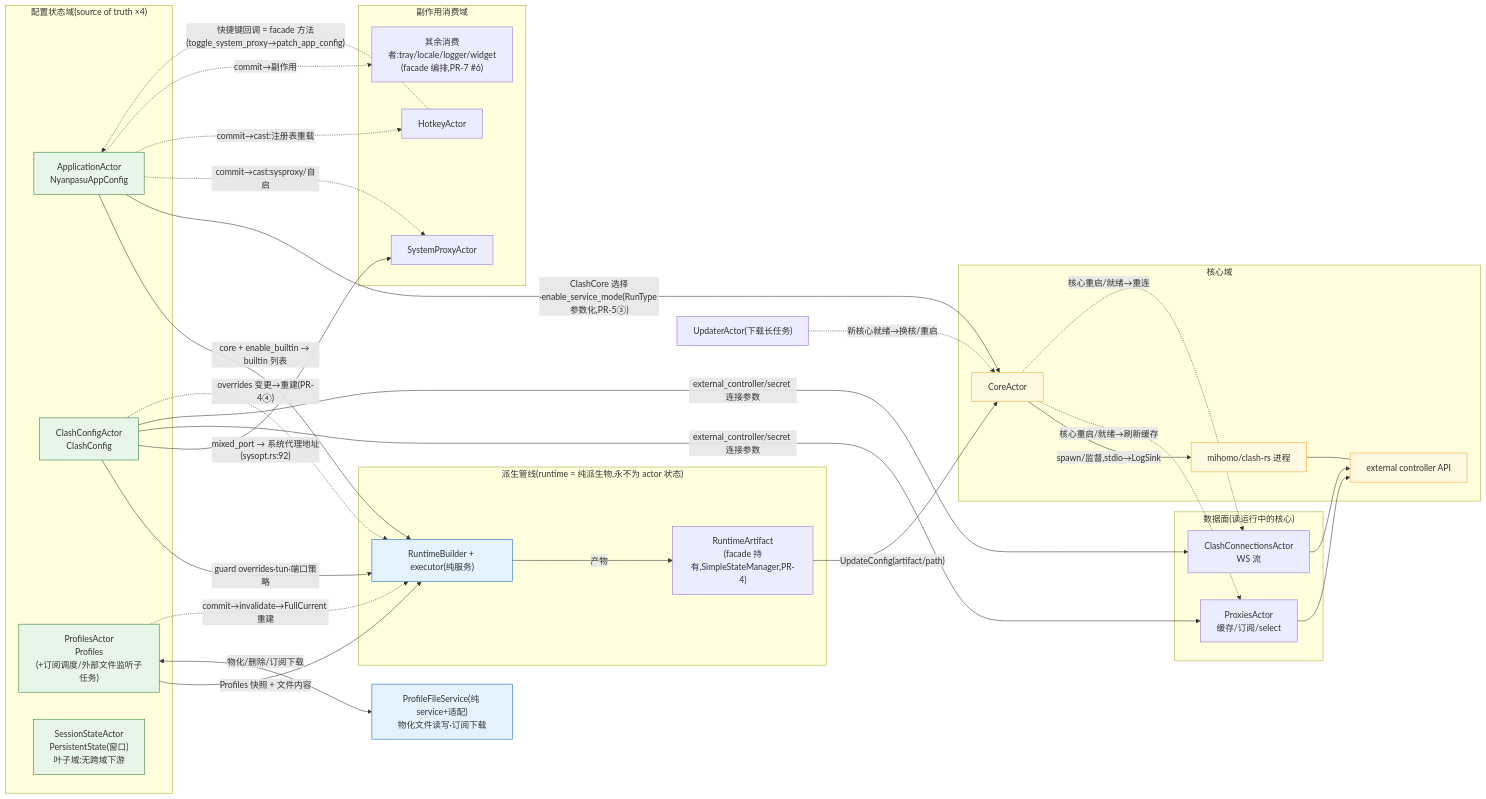
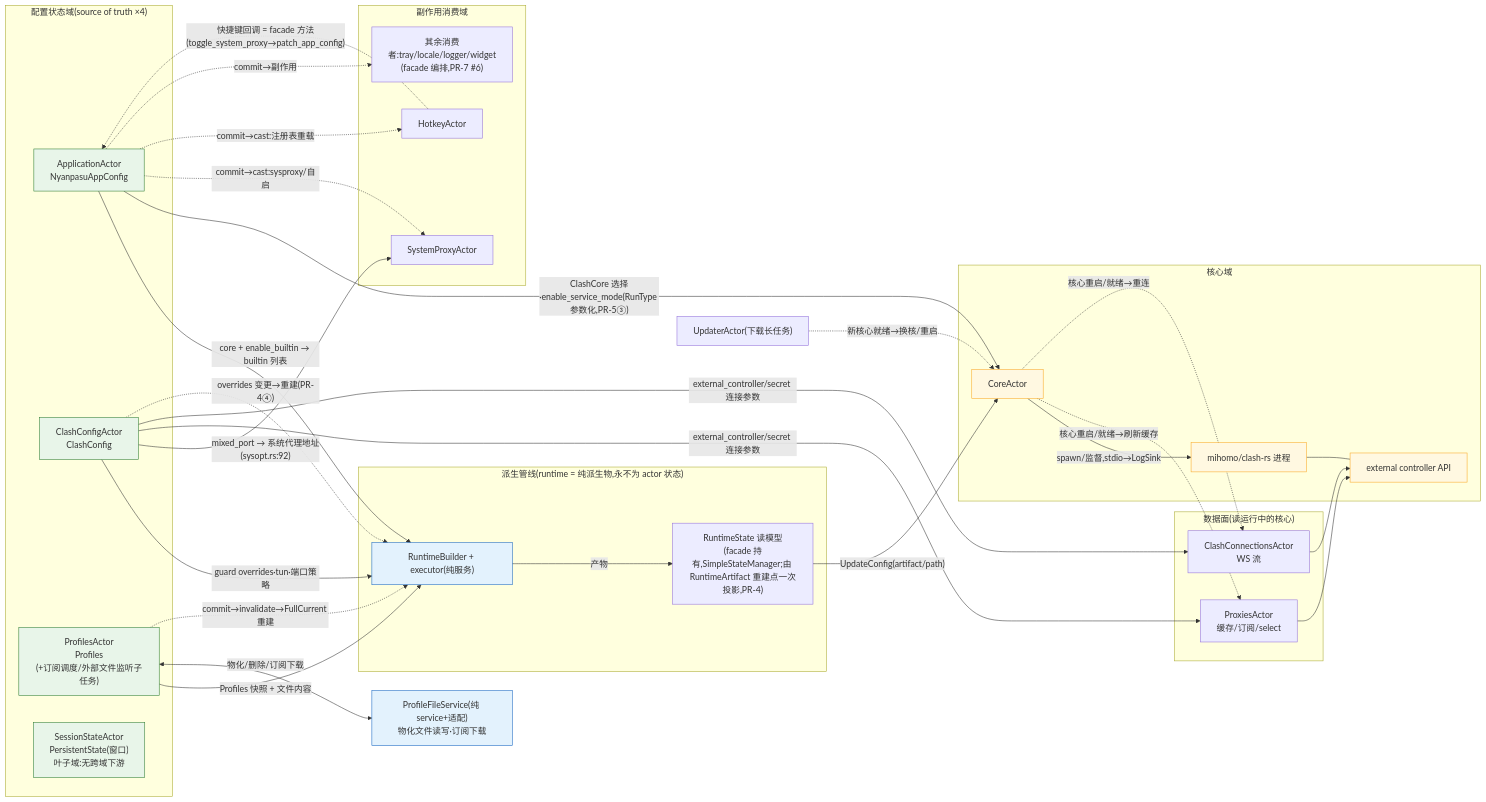
Before and after one commit to libnyanpasu/clash-nyanpasu: the fifth of 10 diagrams in docs/design/actor-migration-roadmap.md, drawn with Mermaid. The commit also changed other lines of this file and 2 other files, not shown here.

Commit message:
docs(pr4): closeout roadmap to RuntimeState model, register C-M4 under PR-5, re-enumerate ledger

````diff
--- a/docs/design/actor-migration-roadmap.md
+++ b/docs/design/actor-migration-roadmap.md
@@ -315,68 +315,68 @@
 ```mermaid
 flowchart LR
     subgraph STATE["配置状态域(source of truth ×4)"]
         AA4["ApplicationActor<br/>NyanpasuAppConfig"]
         CC4["ClashConfigActor<br/>ClashConfig"]
         PA4["ProfilesActor<br/>Profiles<br/>(+订阅调度/外部文件监听子任务)"]
         SS4["SessionStateActor<br/>PersistentState(窗口)<br/>叶子域:无跨域下游"]
     end
 
     subgraph DERIVE["派生管线(runtime = 纯派生物,永不为 actor 状态)"]
         RB4["RuntimeBuilder + executor(纯服务)"]
-        ART["RuntimeArtifact<br/>(facade 持有,SimpleStateManager,PR-4)"]
+        ART["RuntimeState 读模型<br/>(facade 持有,SimpleStateManager;由 RuntimeArtifact 重建点一次投影,PR-4)"]
     end
 
     subgraph SIDE["副作用消费域"]
         SP4["SystemProxyActor"]
         HK4["HotkeyActor"]
         MISC["其余消费者:tray/locale/logger/widget<br/>(facade 编排,PR-7 #6)"]
     end
 
     subgraph CORE["核心域"]
         CO4["CoreActor"]
         PROC4["mihomo/clash-rs 进程"]
         API4["external controller API"]
     end
 
     subgraph DATA["数据面(读运行中的核心)"]
         PX4["ProxiesActor<br/>缓存/订阅/select"]
         WS4["ClashConnectionsActor<br/>WS 流"]
     end
 
     UP4["UpdaterActor(下载长任务)"]
     PFS["ProfileFileService(纯 service+适配)<br/>物化文件读写·订阅下载"]
 
     %% ── 数据依赖(实线):箭头 = 数据流向 ──
     PA4 -->|"Profiles 快照 + 文件内容"| RB4
     CC4 -->|"guard overrides·tun·端口策略"| RB4
     AA4 -->|"core + enable_builtin → builtin 列表"| RB4
     RB4 -->|"产物"| ART
     ART -->|"UpdateConfig(artifact/path)"| CO4
     AA4 -->|"ClashCore 选择·enable_service_mode(RunType 参数化,PR-5③)"| CO4
     CC4 -->|"mixed_port → 系统代理地址(sysopt.rs:92)"| SP4
     CC4 -->|"external_controller/secret 连接参数"| PX4
     CC4 -->|"external_controller/secret 连接参数"| WS4
     PA4 <-->|"物化/删除/订阅下载"| PFS
     CO4 -->|"spawn/监督,stdio→LogSink"| PROC4
     PROC4 --- API4
     PX4 --> API4
     WS4 --> API4
 
     %% ── 触发链(虚线):commit 后副作用/失效/生命周期事件,均异步 ──
     AA4 -.->|"commit→cast:sysproxy/自启"| SP4
     AA4 -.->|"commit→cast:注册表重载"| HK4
     AA4 -.->|"commit→副作用"| MISC
     PA4 -.->|"commit→invalidate→FullCurrent 重建"| RB4
     CC4 -.->|"overrides 变更→重建(PR-4④)"| RB4
     CO4 -.->|"核心重启/就绪→刷新缓存"| PX4
     CO4 -.->|"核心重启/就绪→重连"| WS4
     UP4 -.->|"新核心就绪→换核/重启"| CO4
     HK4 -.->|"快捷键回调 = facade 方法(toggle_system_proxy→patch_app_config)"| AA4
 
     classDef stateC fill:#e8f5e9,stroke:#2e7d32;
     classDef pureC fill:#e3f2fd,stroke:#1565c0;
     classDef coreC fill:#fff8e1,stroke:#f9a825;
     class AA4,CC4,PA4,SS4 stateC;
     class RB4,PFS pureC;
     class CO4,PROC4,API4 coreC;
 ```
````
